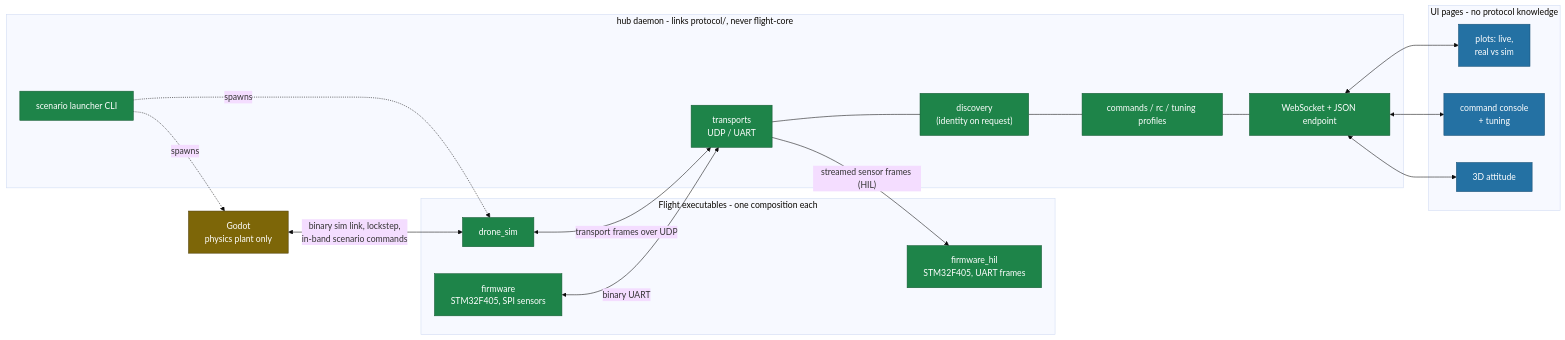
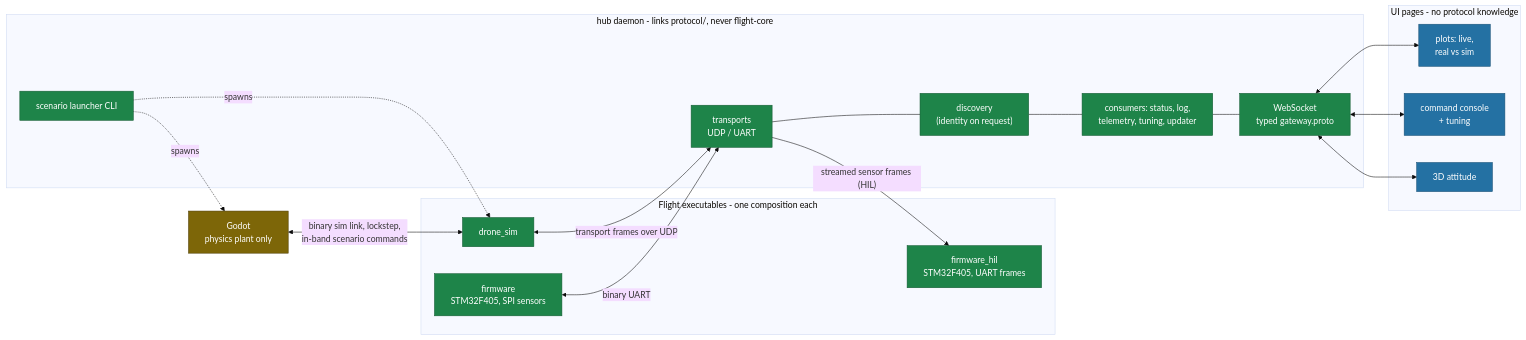
The diagram in docs/target-architecture.md (Keyrim/drone-mark4), drawn with Mermaid (base theme) before and after one commit. The commit also changed other lines of this file and 15 other files, not shown here.

````diff
--- a/docs/target-architecture.md
+++ b/docs/target-architecture.md
@@ -138,42 +139,42 @@
 ```mermaid
 flowchart LR
     subgraph flight["Flight executables - one composition each"]
         FW["firmware<br/>STM32F405, SPI sensors"]
         FWH["firmware_hil<br/>STM32F405, UART frames"]
         DS["drone_sim"]
     end
 
     GODOT["Godot<br/>physics plant only"]
 
     subgraph hub["hub daemon - links protocol/, never flight-core"]
         TR["transports<br/>UDP / UART"]
         DISC["discovery<br/>(identity on request)"]
-        SVC["commands / rc / tuning profiles"]
+        SVC["consumers: status, log,<br/>telemetry, tuning, updater"]
         LAUNCH["scenario launcher CLI"]
-        WS["WebSocket + JSON endpoint"]
+        WS["WebSocket<br/>typed gateway.proto"]
         TR --- DISC --- SVC --- WS
     end
 
     subgraph ui["UI pages - no protocol knowledge"]
         P1["plots: live,<br/>real vs sim"]
         P2["command console<br/>+ tuning"]
         P3["3D attitude"]
     end
 
     GODOT <-->|"binary sim link, lockstep,<br/>in-band scenario commands"| DS
     DS <-->|"transport frames over UDP"| TR
     FW <-->|"binary UART"| TR
     TR -->|"streamed sensor frames (HIL)"| FWH
     LAUNCH -.->|"spawns"| DS
     LAUNCH -.->|"spawns"| GODOT
     WS <--> P1
     WS <--> P2
     WS <--> P3
 
     classDef checked fill:#1e8449,color:#fff,stroke:#145a32
     classDef thin fill:#2471a3,color:#fff,stroke:#1a5276
     classDef neutral fill:#7d6608,color:#fff,stroke:#4d3c04
     class FW,FWH,DS,TR,DISC,SVC,WS,LAUNCH checked
     class P1,P2,P3 thin
     class GODOT neutral
 ```
````
